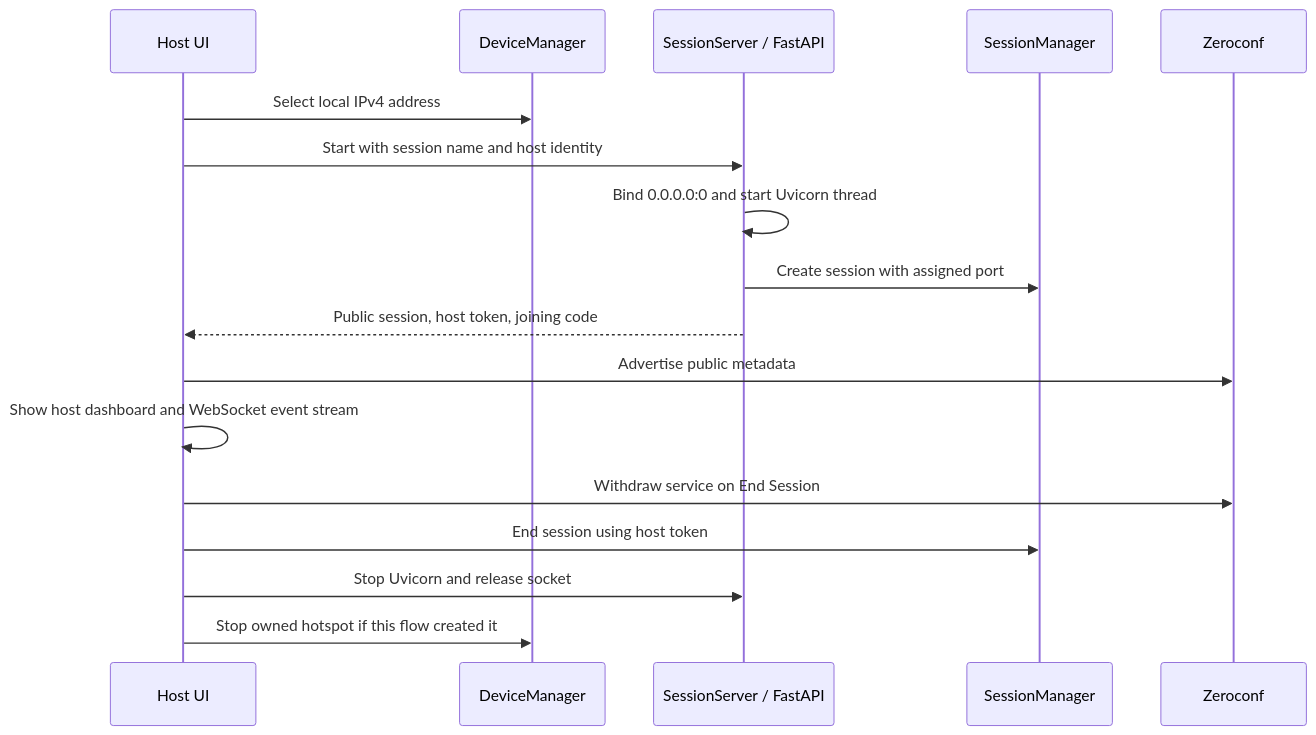
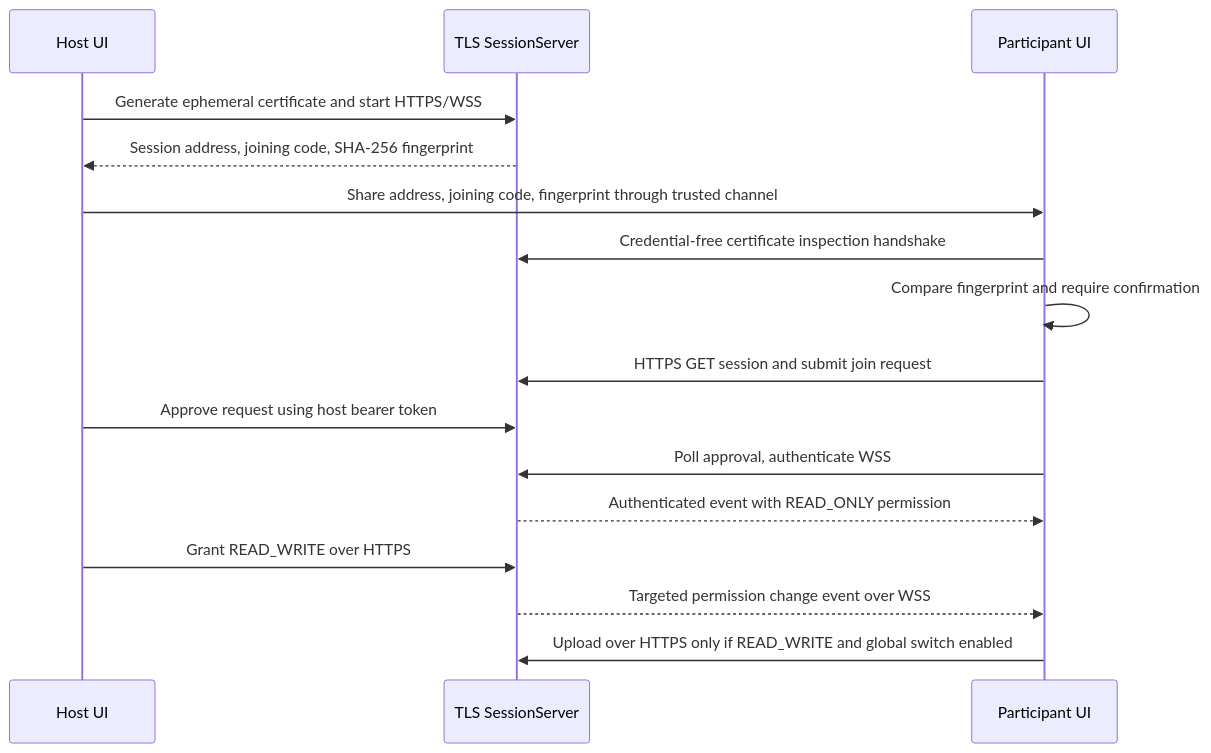
Before and after one commit to Kashimono/ShareSpace: the diagram in docs/architecture.md, drawn with Mermaid. The commit also changed other lines of this file and 25 other files, not shown here.

First line of the commit message:
feat: Implement fingerprint verification and TLS security for session connections

````diff
--- a/docs/architecture.md
+++ b/docs/architecture.md
@@ -79,19 +83,18 @@
 ```mermaid
 sequenceDiagram
-    participant UI as Host UI
-    participant Device as DeviceManager
-    participant Server as SessionServer / FastAPI
-    participant Core as SessionManager
-    participant MDNS as Zeroconf
-    UI->>Device: Select local IPv4 address
-    UI->>Server: Start with session name and host identity
-    Server->>Server: Bind 0.0.0.0:0 and start Uvicorn thread
-    Server->>Core: Create session with assigned port
-    Server-->>UI: Public session, host token, joining code
-    UI->>MDNS: Advertise public metadata
-    UI->>UI: Show host dashboard and WebSocket event stream
-    UI->>MDNS: Withdraw service on End Session
-    UI->>Core: End session using host token
-    UI->>Server: Stop Uvicorn and release socket
-    UI->>Device: Stop owned hotspot if this flow created it
+    participant Host as Host UI
+    participant Server as TLS SessionServer
+    participant Peer as Participant UI
+    Host->>Server: Generate ephemeral certificate and start HTTPS/WSS
+    Server-->>Host: Session address, joining code, SHA-256 fingerprint
+    Host->>Peer: Share address, joining code, fingerprint through trusted channel
+    Peer->>Server: Credential-free certificate inspection handshake
+    Peer->>Peer: Compare fingerprint and require confirmation
+    Peer->>Server: HTTPS GET session and submit join request
+    Host->>Server: Approve request using host bearer token
+    Peer->>Server: Poll approval, authenticate WSS
+    Server-->>Peer: Authenticated event with READ_ONLY permission
+    Host->>Server: Grant READ_WRITE over HTTPS
+    Server-->>Peer: Targeted permission change event over WSS
+    Peer->>Server: Upload over HTTPS only if READ_WRITE and global switch enabled
 ```
````
